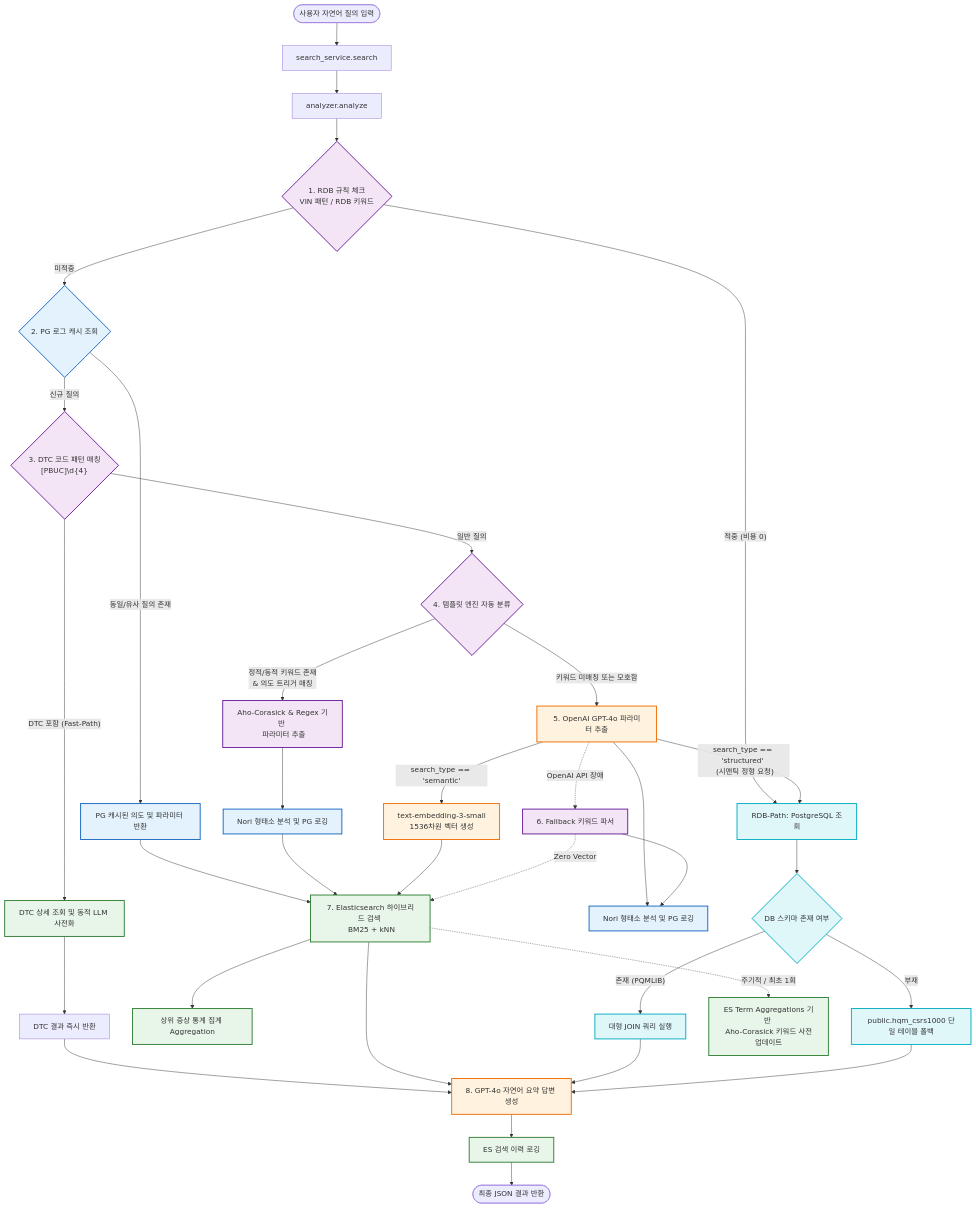
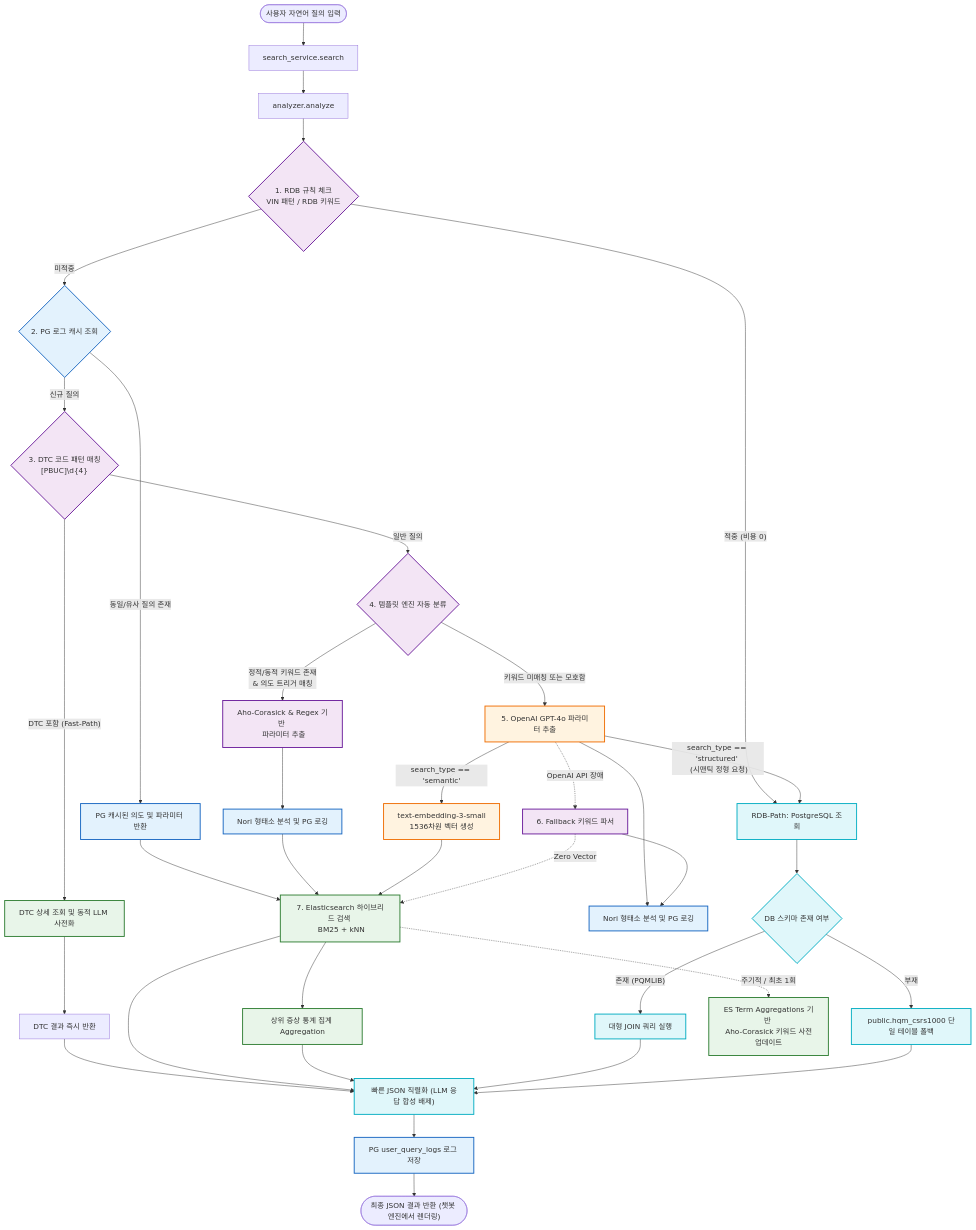
Before and after one commit to jaechul4444-commits/IntentAnalyzer0.0: the first of 2 diagrams in PROGRAM_SPECIFICATION.md, drawn with Mermaid. The commit also changed other lines of this file and 7 other files, not shown here.

````diff
--- a/PROGRAM_SPECIFICATION.md
+++ b/PROGRAM_SPECIFICATION.md
@@ -29,65 +29,67 @@
 ```mermaid
 flowchart TD
     classDef pg fill:#e3f2fd,stroke:#1565c0,stroke-width:2px;
     classDef es fill:#e8f5e9,stroke:#2e7d32,stroke-width:2px;
     classDef llm fill:#fff3e0,stroke:#ef6c00,stroke-width:2px;
     classDef core fill:#f3e5f5,stroke:#6a1b9a,stroke-width:2px;
     classDef target fill:#e0f7fa,stroke:#00acc1,stroke-width:2px;
 
     User(["사용자 자연어 질의 입력"]) --> Service["search_service.search"]
     Service --> Analyzer["analyzer.analyze"]
 
     %% 1단계: RDB 규칙 필터
     Analyzer --> RDBRule{1. RDB 규칙 체크<br>VIN 패턴 / RDB 키워드}:::core
     RDBRule -- "적중 (비용 0)" --> RDB_Direct["RDB-Path: PostgreSQL 조회"]:::target
 
     %% 2단계: 캐시 레이어
     RDBRule -- "미적중" --> CheckPGCache{"2. PG 로그 캐시 조회"}:::pg
     CheckPGCache -- "동일/유사 질의 존재" --> ReturnPGCache["PG 캐시된 의도 및 파라미터 반환"]:::pg
     ReturnPGCache --> ESQueryExec
 
     %% 3단계: Fast-Path
     CheckPGCache -- "신규 질의" --> CheckDTC{"3. DTC 코드 패턴 매칭 <br> [PBUC]\d{4}"}:::core
     CheckDTC -- "DTC 포함 (Fast-Path)" --> DTCService["DTC 상세 조회 및 동적 LLM 사전화"]:::es
     DTCService --> ReturnDTC["DTC 결과 즉시 반환"]
     ReturnDTC --> FinalSummary
 
     %% 4단계: Slow-Path: Template
     CheckDTC -- "일반 질의" --> TemplateEngine{"4. 템플릿 엔진 자동 분류"}:::core
     TemplateEngine -- "정적/동적 키워드 존재 <br> & 의도 트리거 매칭" --> ExecuteTemplate["Aho-Corasick & Regex 기반 <br> 파라미터 추출"]:::core
     ExecuteTemplate --> TokenizeQuery1["Nori 형태소 분석 및 PG 로깅"]:::pg
     TokenizeQuery1 --> ESQueryExec
 
     %% 5단계: Slow-Path: LLM
     TemplateEngine -- "키워드 미매칭 또는 모호함" --> LLMParser["5. OpenAI GPT-4o 파라미터 추출"]:::llm
     LLMParser --> TokenizeQuery2["Nori 형태소 분석 및 PG 로깅"]:::pg
     LLMParser -.->|OpenAI API 장애| FallbackEngine["6. Fallback 키워드 파서"]:::core
     FallbackEngine --> TokenizeQuery2
     
     %% LLM Structured Routing (Option C)
     LLMParser -- "search_type == 'structured' <br> (시맨틱 정형 요청)" --> RDB_Direct
     
     %% 임베딩 및 ES 하이브리드 쿼리
     LLMParser -- "search_type == 'semantic'" --> EmbedGen["text-embedding-3-small <br> 1536차원 벡터 생성"]:::llm
     EmbedGen --> ESQueryExec
     FallbackEngine -.->|Zero Vector| ESQueryExec
 
     %% ES 하이브리드 검색 및 답변 생성
     ESQueryExec["7. Elasticsearch 하이브리드 검색 <br> BM25 + kNN"]:::es
     ESQueryExec --> ES_Agg["상위 증상 통계 집계 Aggregation"]:::es
     ESQueryExec --> FinalSummary
 
     %% RDB 실행 및 스키마 폴백
     RDB_Direct --> RDBSchemas{DB 스키마 존재 여부}:::target
     RDBSchemas -- "존재 (PQMLIB)" --> RDB_Complex["대형 JOIN 쿼리 실행"]:::target
     RDBSchemas -- "부재" --> RDB_Fallback["public.hqm_csrs1000 단일 테이블 폴백"]:::target
+    
+    %% Final Answer Summarization (제거됨: 챗봇 엔진으로 이관)
+    ES_Agg --> FinalSummary["빠른 JSON 직렬화 (LLM 응답 합성 배제)"]:::target
     RDB_Complex --> FinalSummary
     RDB_Fallback --> FinalSummary
-
-    FinalSummary["8. GPT-4o 자연어 요약 답변 생성"]:::llm
-    FinalSummary --> LogES["ES 검색 이력 로깅"]:::es
-    LogES --> FinalResult(["최종 JSON 결과 반환"])
+    
+    FinalSummary --> PG_Log["PG user_query_logs 로그 저장"]:::pg
+    PG_Log --> FinalResult(["최종 JSON 결과 반환 (챗봇 엔진에서 렌더링)"])
 
     %% 키워드 동적 동기화
     ESQueryExec -.->|주기적 / 최초 1회| DynamicSync["ES Term Aggregations 기반 <br> Aho-Corasick 키워드 사전 업데이트"]:::es
 ```
````
